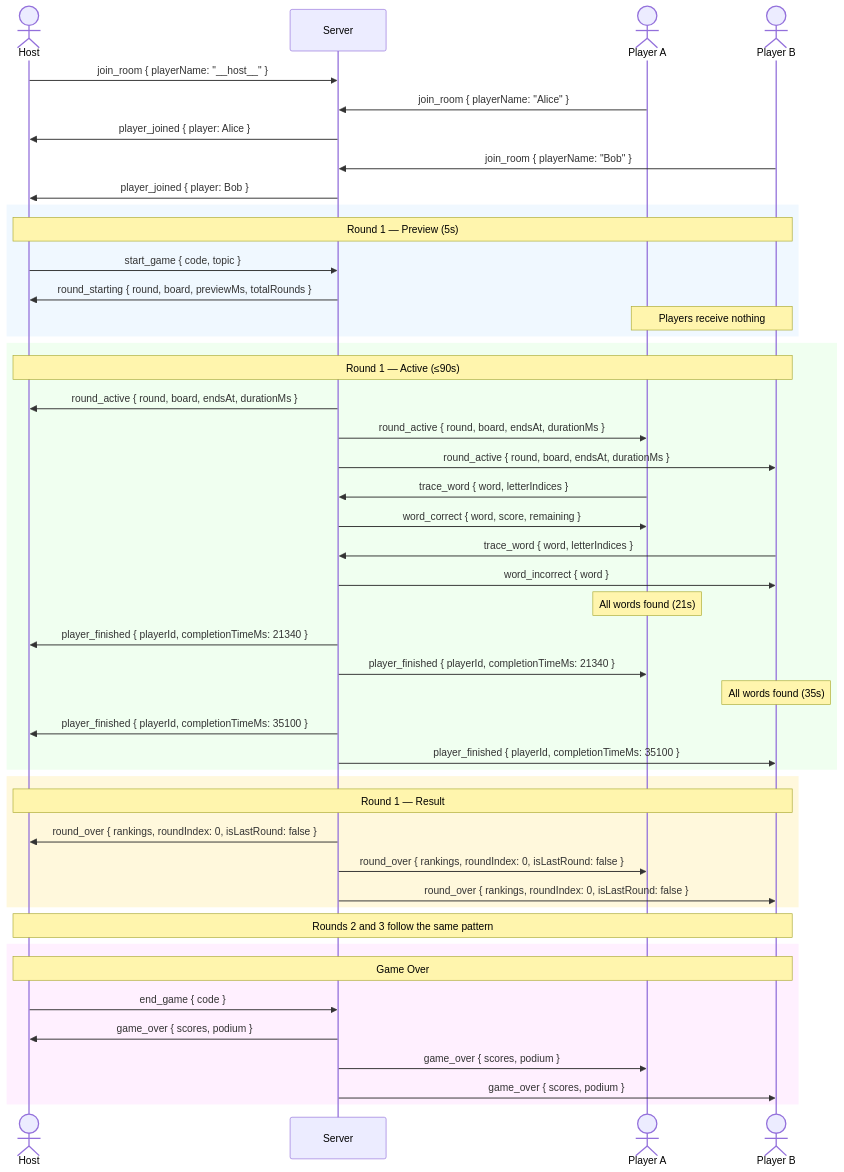
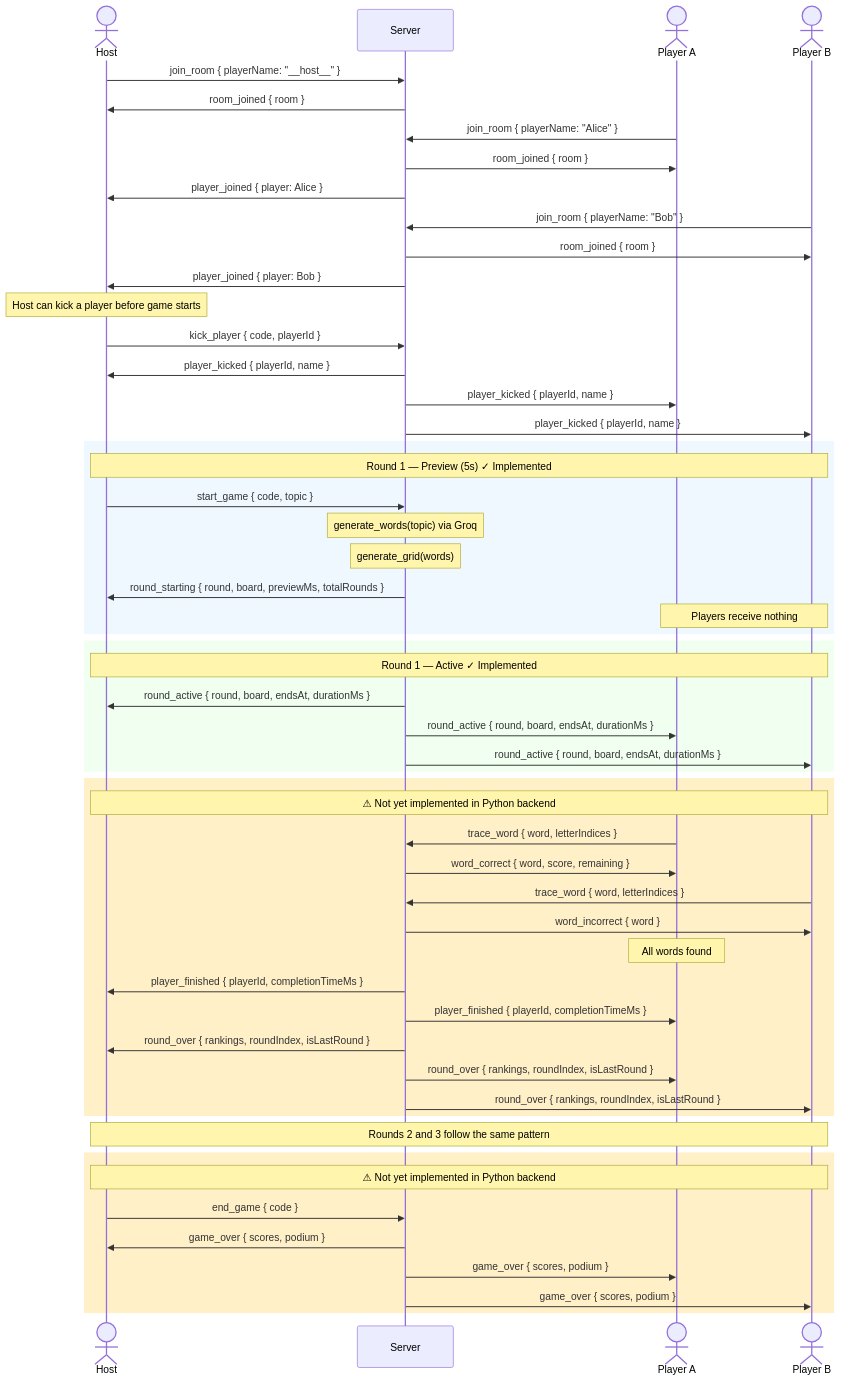
Before and after one commit to lzam0/Multiplayer-Puzzle-Game: the first of 2 diagrams in docs/diagrams/websocket-events.md, drawn with Mermaid. The commit also changed other lines of this file and 10 other files, not shown here.

````diff
--- a/docs/diagrams/websocket-events.md
+++ b/docs/diagrams/websocket-events.md
@@ -5,58 +5,65 @@
 ```mermaid
 sequenceDiagram
     actor Host
     participant S as Server
     actor A as Player A
     actor B as Player B
 
     Host->>S: join_room { playerName: "__host__" }
+    S->>Host: room_joined { room }
     A->>S: join_room { playerName: "Alice" }
+    S->>A: room_joined { room }
     S->>Host: player_joined { player: Alice }
     B->>S: join_room { playerName: "Bob" }
+    S->>B: room_joined { room }
     S->>Host: player_joined { player: Bob }
 
+    Note over Host: Host can kick a player before game starts
+    Host->>S: kick_player { code, playerId }
+    S->>Host: player_kicked { playerId, name }
+    S->>A: player_kicked { playerId, name }
+    S->>B: player_kicked { playerId, name }
+
     rect rgb(240, 248, 255)
-        Note over Host,B: Round 1 — Preview (5s)
+        Note over Host,B: Round 1 — Preview (5s) ✓ Implemented
         Host->>S: start_game { code, topic }
+        Note over S: generate_words(topic) via Groq
+        Note over S: generate_grid(words)
         S->>Host: round_starting { round, board, previewMs, totalRounds }
         Note over A,B: Players receive nothing
     end
 
     rect rgb(240, 255, 240)
-        Note over Host,B: Round 1 — Active (≤90s)
+        Note over Host,B: Round 1 — Active ✓ Implemented
         S->>Host: round_active { round, board, endsAt, durationMs }
         S->>A: round_active { round, board, endsAt, durationMs }
         S->>B: round_active { round, board, endsAt, durationMs }
+    end
 
+    rect rgb(255, 240, 200)
+        Note over Host,B: ⚠ Not yet implemented in Python backend
         A->>S: trace_word { word, letterIndices }
         S->>A: word_correct { word, score, remaining }
 
         B->>S: trace_word { word, letterIndices }
         S->>B: word_incorrect { word }
 
-        Note over A: All words found (21s)
-        S->>Host: player_finished { playerId, completionTimeMs: 21340 }
-        S->>A: player_finished { playerId, completionTimeMs: 21340 }
+        Note over A: All words found
+        S->>Host: player_finished { playerId, completionTimeMs }
+        S->>A: player_finished { playerId, completionTimeMs }
 
-        Note over B: All words found (35s)
-        S->>Host: player_finished { playerId, completionTimeMs: 35100 }
-        S->>B: player_finished { playerId, completionTimeMs: 35100 }
-    end
-
-    rect rgb(255, 248, 220)
-        Note over Host,B: Round 1 — Result
-        S->>Host: round_over { rankings, roundIndex: 0, isLastRound: false }
-        S->>A: round_over { rankings, roundIndex: 0, isLastRound: false }
-        S->>B: round_over { rankings, roundIndex: 0, isLastRound: false }
+        S->>Host: round_over { rankings, roundIndex, isLastRound }
+        S->>A: round_over { rankings, roundIndex, isLastRound }
+        S->>B: round_over { rankings, roundIndex, isLastRound }
     end
 
     Note over Host,B: Rounds 2 and 3 follow the same pattern
 
-    rect rgb(255, 240, 255)
-        Note over Host,B: Game Over
+    rect rgb(255, 240, 200)
+        Note over Host,B: ⚠ Not yet implemented in Python backend
         Host->>S: end_game { code }
         S->>Host: game_over { scores, podium }
         S->>A: game_over { scores, podium }
         S->>B: game_over { scores, podium }
     end
 ```
````
